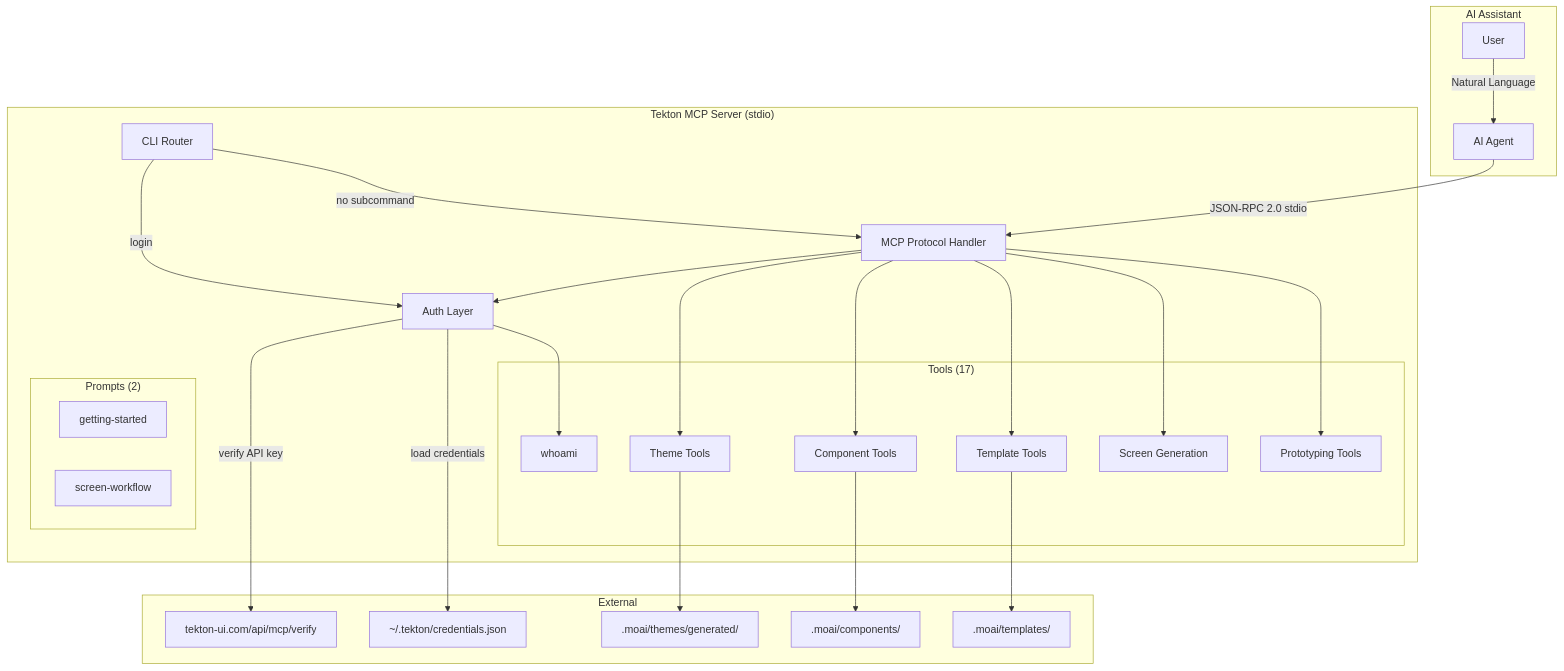
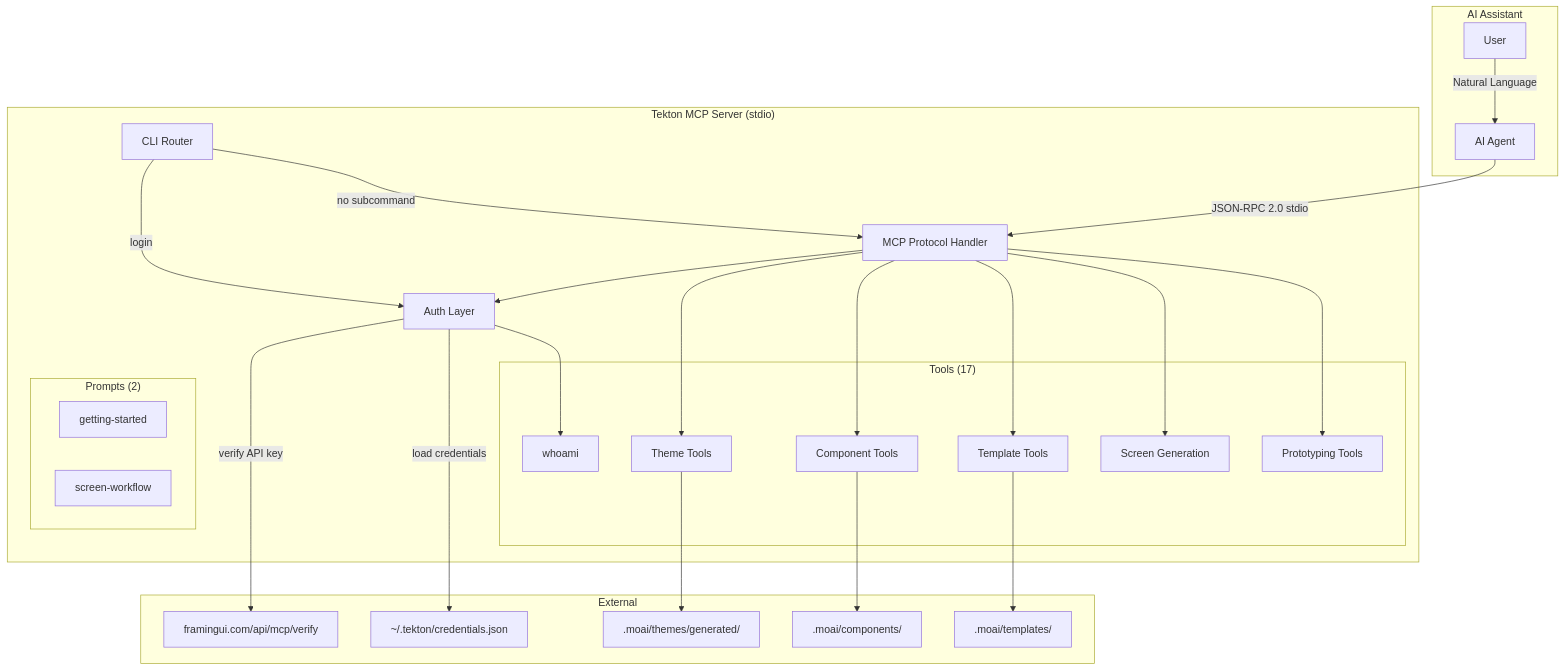
Before and after one commit to soo-kate-yeon/framingui: the first of 4 diagrams in packages/mcp-server/docs/04-architecture.md, drawn with Mermaid. The commit also changed other lines of this file and 565 other files, not shown here.

````diff
--- a/packages/mcp-server/docs/04-architecture.md
+++ b/packages/mcp-server/docs/04-architecture.md
@@ -44,53 +44,53 @@
 ```mermaid
 graph TB
     subgraph "AI Assistant"
         User[User]
         AI[AI Agent]
     end
 
     subgraph "Tekton MCP Server (stdio)"
         CLI[CLI Router]
         Auth[Auth Layer]
         MCP[MCP Protocol Handler]
 
         subgraph "Tools (17)"
             Whoami[whoami]
             ThemeTools[Theme Tools]
             ComponentTools[Component Tools]
             TemplateTools[Template Tools]
             ScreenTools[Screen Generation]
             ProtoTools[Prototyping Tools]
         end
 
         subgraph "Prompts (2)"
             P1[getting-started]
             P2[screen-workflow]
         end
     end
 
     subgraph "External"
-        TektonAPI[tekton-ui.com/api/mcp/verify]
+        TektonAPI[framingui.com/api/mcp/verify]
         Credentials[~/.tekton/credentials.json]
         ThemeFiles[.moai/themes/generated/]
         ComponentFiles[.moai/components/]
         TemplateFiles[.moai/templates/]
     end
 
     User -->|Natural Language| AI
     AI -->|JSON-RPC 2.0 stdio| MCP
     MCP --> Auth
     Auth -->|verify API key| TektonAPI
     Auth -->|load credentials| Credentials
     Auth --> Whoami
     MCP --> ThemeTools
     MCP --> ComponentTools
     MCP --> TemplateTools
     MCP --> ScreenTools
     MCP --> ProtoTools
     ThemeTools --> ThemeFiles
     ComponentTools --> ComponentFiles
     TemplateTools --> TemplateFiles
 
     CLI -->|login| Auth
     CLI -->|no subcommand| MCP
 ```
````
